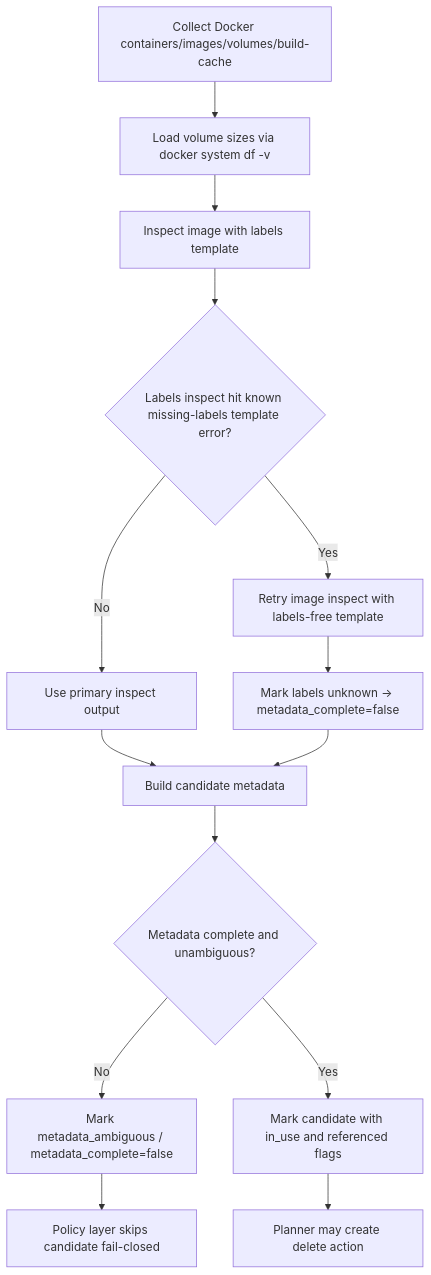
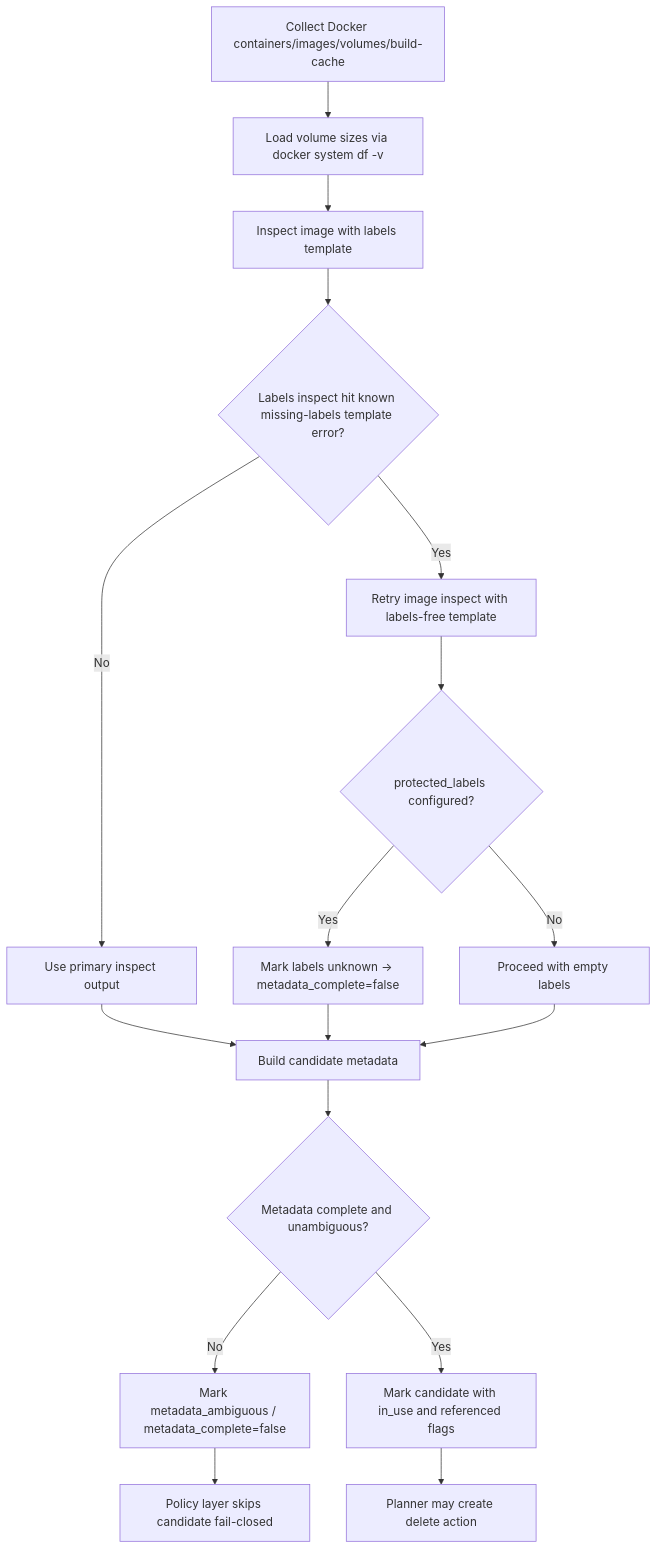
The second of 3 diagrams in flowcharts/docker-backend.md (vivekvedant/prune-guard), drawn with Mermaid before and after one commit. The commit also changed other lines of this file and 36 other files, not shown here.

````diff
--- a/flowcharts/docker-backend.md
+++ b/flowcharts/docker-backend.md
@@ -7,16 +17,19 @@
 ```mermaid
 flowchart TD
     A[Collect Docker containers/images/volumes/build-cache] --> A1[Load volume sizes via docker system df -v]
     A1 --> B[Inspect image with labels template]
     B --> C{Labels inspect hit known missing-labels template error?}
     C -- Yes --> D[Retry image inspect with labels-free template]
     C -- No --> E[Use primary inspect output]
-    D --> F[Mark labels unknown -> metadata_complete=false]
+    D --> F{protected_labels configured?}
+    F -- Yes --> F1[Mark labels unknown -> metadata_complete=false]
+    F -- No --> F2[Proceed with empty labels]
     E --> G[Build candidate metadata]
-    F --> G
+    F1 --> G
+    F2 --> G
     G --> H{Metadata complete and unambiguous?}
     H -- No --> I[Mark metadata_ambiguous / metadata_complete=false]
     H -- Yes --> J[Mark candidate with in_use and referenced flags]
     I --> K[Policy layer skips candidate fail-closed]
     J --> L[Planner may create delete action]
 ```
````
